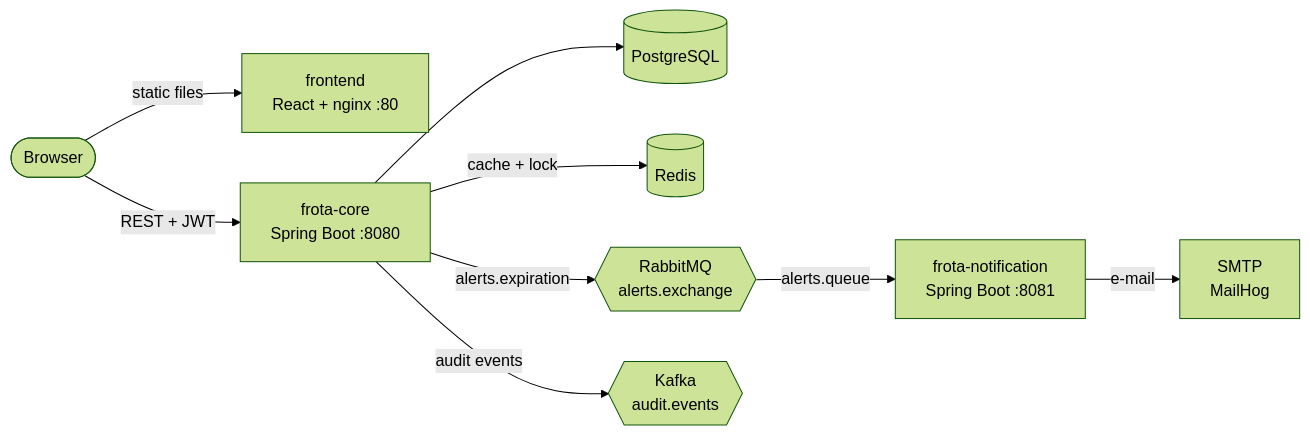
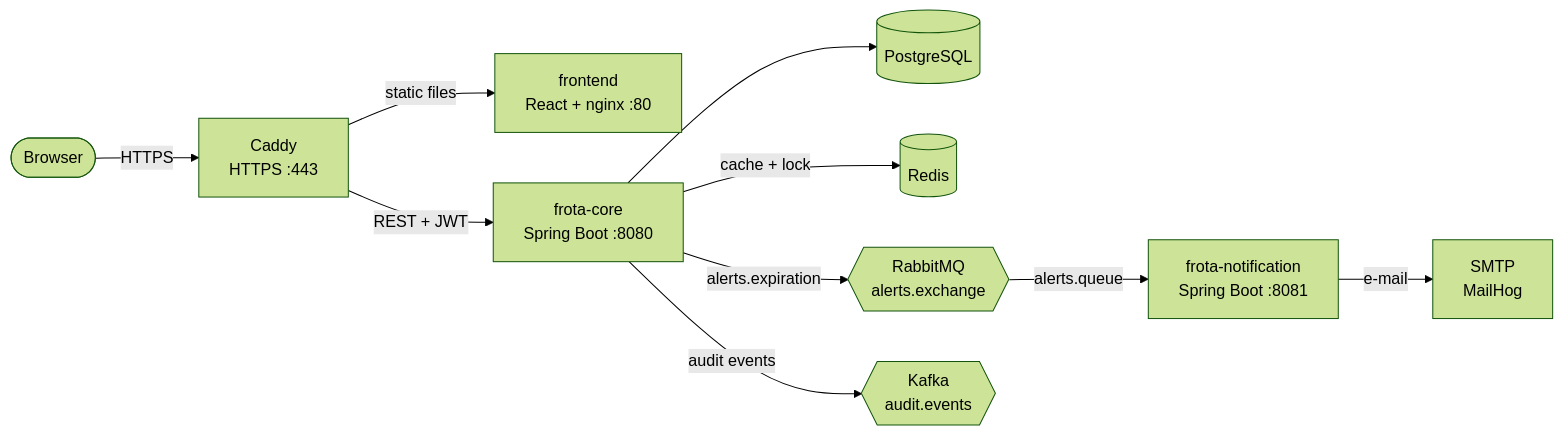
Before and after one commit to carlosegzm/SIGEFROTA: the first of 2 diagrams in docs/ARCHITECTURE.md, drawn with Mermaid (forest theme). The commit also changed other lines of this file and 1 other file, not shown here.

Commit message:
docs: update links and architecture for HTTPS domain

````diff
--- a/docs/ARCHITECTURE.md
+++ b/docs/ARCHITECTURE.md
@@ -20,21 +20,23 @@
 ```mermaid
 flowchart LR
     User([Browser])
+    Proxy[Caddy<br/>HTTPS :443]
     FE[frontend<br/>React + nginx :80]
     Core[frota-core<br/>Spring Boot :8080]
     Notif[frota-notification<br/>Spring Boot :8081]
     PG[(PostgreSQL)]
     Redis[(Redis)]
     RMQ{{RabbitMQ<br/>alerts.exchange}}
     Kafka{{Kafka<br/>audit.events}}
     Mail[SMTP<br/>MailHog]
 
-    User -->|static files| FE
-    User -->|REST + JWT| Core
+    User -->|HTTPS| Proxy
+    Proxy -->|static files| FE
+    Proxy -->|REST + JWT| Core
     Core --> PG
     Core -->|cache + lock| Redis
     Core -->|alerts.expiration| RMQ
     Core -->|audit events| Kafka
     RMQ -->|alerts.queue| Notif
     Notif -->|e-mail| Mail
 ```
````
